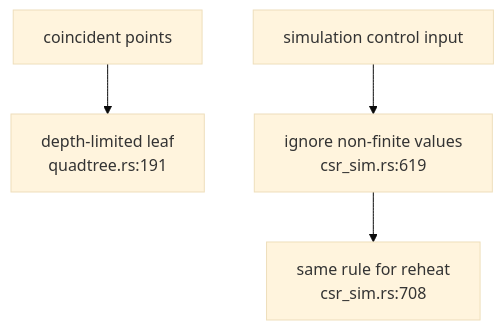
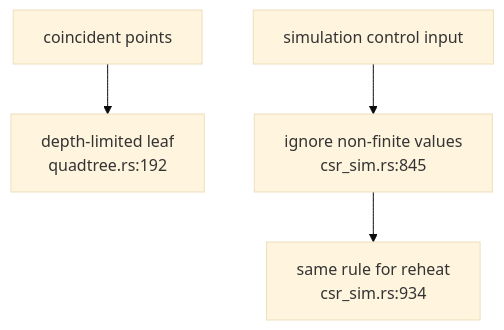
One commit to DreamLab-AI/VisionFlow changed the first of 3 diagrams in docs/diagrams/vowl-wasm/06-layout-and-release-repairs.md. Above: the diagram before and after it, drawn with Mermaid (base theme). The commit also changed other lines of this file and 5 other files, not shown here.

First line of the commit message:
docs(diagrams): vowl-wasm re-verified at v0.4.0 (0779174)

````diff
--- a/docs/diagrams/vowl-wasm/06-layout-and-release-repairs.md
+++ b/docs/diagrams/vowl-wasm/06-layout-and-release-repairs.md
@@ -25,6 +25,6 @@
 ```mermaid
 flowchart TB
-    POINTS["coincident points"] --> LEAF["depth-limited leaf<br/>quadtree.rs:191"]
-    PARAM["simulation control input"] --> FINITE["ignore non-finite values<br/>csr_sim.rs:619"]
-    FINITE --> REHEAT["same rule for reheat<br/>csr_sim.rs:708"]
+    POINTS["coincident points"] --> LEAF["depth-limited leaf<br/>quadtree.rs:192"]
+    PARAM["simulation control input"] --> FINITE["ignore non-finite values<br/>csr_sim.rs:845"]
+    FINITE --> REHEAT["same rule for reheat<br/>csr_sim.rs:934"]
 ```
````
